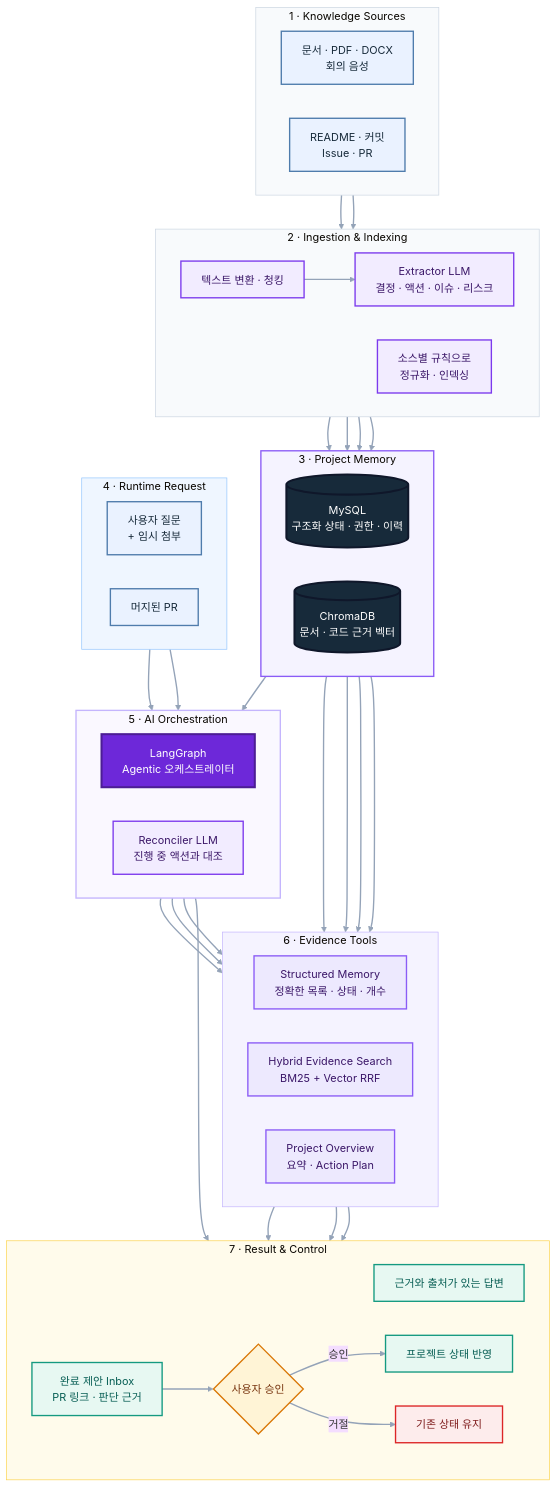
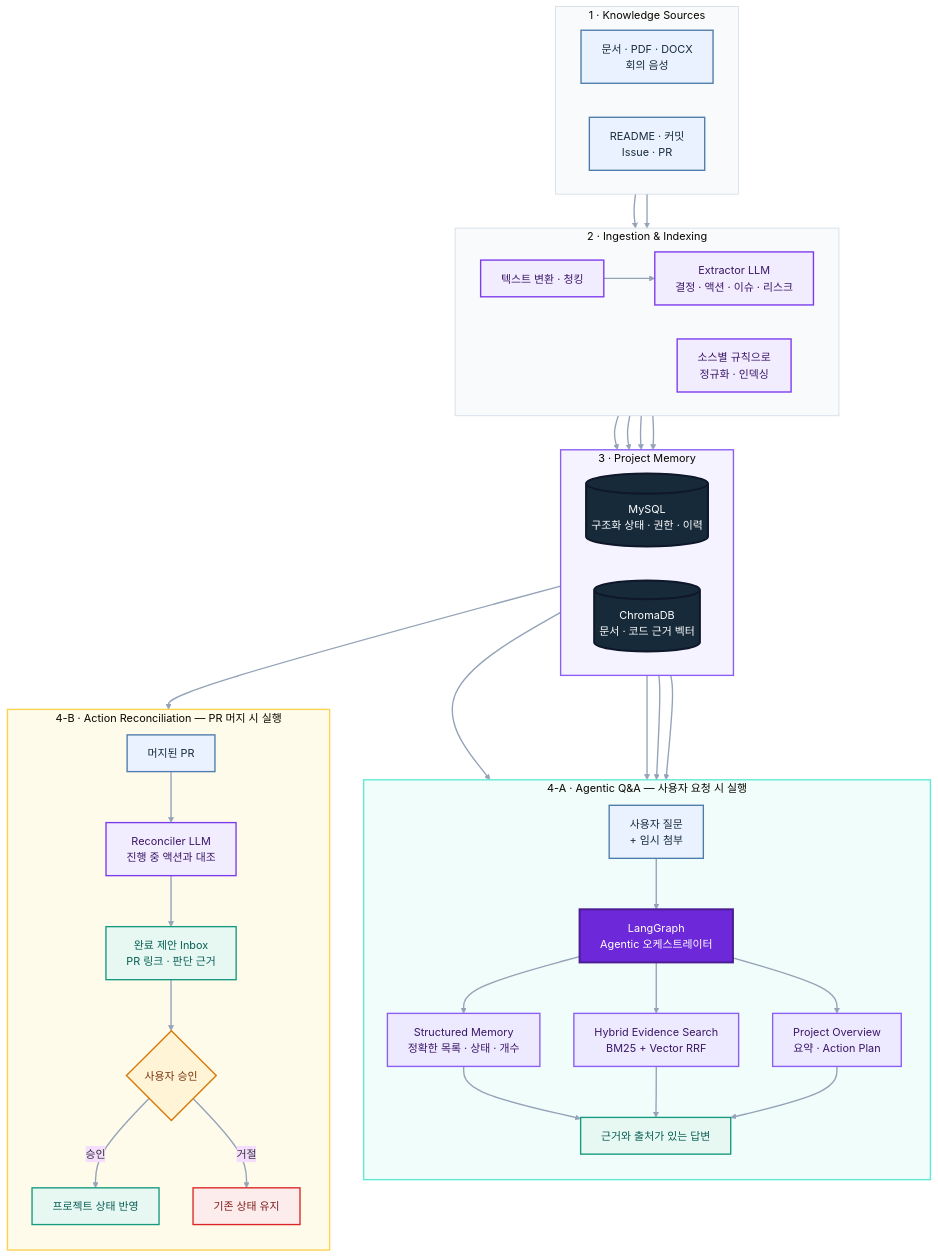
Before and after one commit to SKNETWORKS-FAMILY-AICAMP/SKN30-4th-1Team: the second of 2 diagrams in README.md, drawn with Mermaid (base theme). The commit also changed other lines of this file, not shown here.

Commit message:
docs: separate event-driven AI workflows

````diff
--- a/README.md
+++ b/README.md
@@ -190,48 +191,40 @@
     EXTRACT --> MYSQL & CHROMA
     INDEX --> MYSQL & CHROMA
 
-    subgraph Request["4 · Runtime Request"]
-        direction LR
+    subgraph QAFlow["4-A · Agentic Q&A — 사용자 요청 시 실행"]
+        direction TB
         QUESTION["사용자 질문<br/>+ 임시 첨부"]
-        MERGED["머지된 PR"]
-    end
-
-    subgraph Orchestration["5 · AI Orchestration"]
-        direction LR
         AGENT["LangGraph<br/>Agentic 오케스트레이터"]
-        RECONCILER["Reconciler LLM<br/>진행 중 액션과 대조"]
-    end
-
-    QUESTION --> AGENT
-    MERGED --> RECONCILER
-
-    subgraph Tools["6 · Evidence Tools"]
-        direction LR
         SQL_TOOL["Structured Memory<br/>정확한 목록 · 상태 · 개수"]
         SEARCH_TOOL["Hybrid Evidence Search<br/>BM25 + Vector RRF"]
         OVERVIEW_TOOL["Project Overview<br/>요약 · Action Plan"]
+        ANSWER["근거와 출처가 있는 답변"]
+
+        QUESTION --> AGENT
+        AGENT --> SQL_TOOL & SEARCH_TOOL & OVERVIEW_TOOL
+        SQL_TOOL --> ANSWER
+        SEARCH_TOOL --> ANSWER
+        OVERVIEW_TOOL --> ANSWER
     end
 
-    AGENT --> SQL_TOOL & SEARCH_TOOL & OVERVIEW_TOOL
     MYSQL --> SQL_TOOL & SEARCH_TOOL & OVERVIEW_TOOL
     CHROMA --> SEARCH_TOOL
-    MYSQL --> RECONCILER
 
-    subgraph Results["7 · Result & Control"]
-        direction LR
-        ANSWER["근거와 출처가 있는 답변"]
+    subgraph ReconcileFlow["4-B · Action Reconciliation — PR 머지 시 실행"]
+        direction TB
+        MERGED["머지된 PR"]
+        RECONCILER["Reconciler LLM<br/>진행 중 액션과 대조"]
         INBOX["완료 제안 Inbox<br/>PR 링크 · 판단 근거"]
         APPROVAL{"사용자 승인"}
         APPLY["프로젝트 상태 반영"]
         KEEP["기존 상태 유지"]
+
+        MERGED --> RECONCILER --> INBOX --> APPROVAL
+        APPROVAL -->|승인| APPLY
+        APPROVAL -->|거절| KEEP
     end
 
-    SQL_TOOL --> ANSWER
-    SEARCH_TOOL --> ANSWER
-    OVERVIEW_TOOL --> ANSWER
-    RECONCILER --> INBOX --> APPROVAL
-    APPROVAL -->|승인| APPLY
-    APPROVAL -->|거절| KEEP
+    MYSQL --> RECONCILER
 
     classDef input fill:#EAF2FF,stroke:#4F7CAC,color:#172A3A,stroke-width:2px
     classDef transform fill:#F2ECFF,stroke:#7C3AED,color:#3B1768,stroke-width:2px
@@ -254,9 +247,7 @@
     style Inputs fill:#F8FAFC,stroke:#CBD5E1,stroke-width:1px
     style Ingestion fill:#F8FAFC,stroke:#CBD5E1,stroke-width:1px
     style Storage fill:#F5F3FF,stroke:#8B5CF6,stroke-width:2px
-    style Request fill:#EFF6FF,stroke:#93C5FD,stroke-width:1px
-    style Orchestration fill:#FAF8FF,stroke:#C4B5FD,stroke-width:2px
-    style Tools fill:#F5F3FF,stroke:#C4B5FD,stroke-width:1px
-    style Results fill:#FFFBEB,stroke:#FCD34D,stroke-width:1px
+    style QAFlow fill:#F0FDFA,stroke:#5EEAD4,stroke-width:2px
+    style ReconcileFlow fill:#FFFBEB,stroke:#FCD34D,stroke-width:2px
     linkStyle default stroke:#94A3B8,stroke-width:2px
 ```
````
